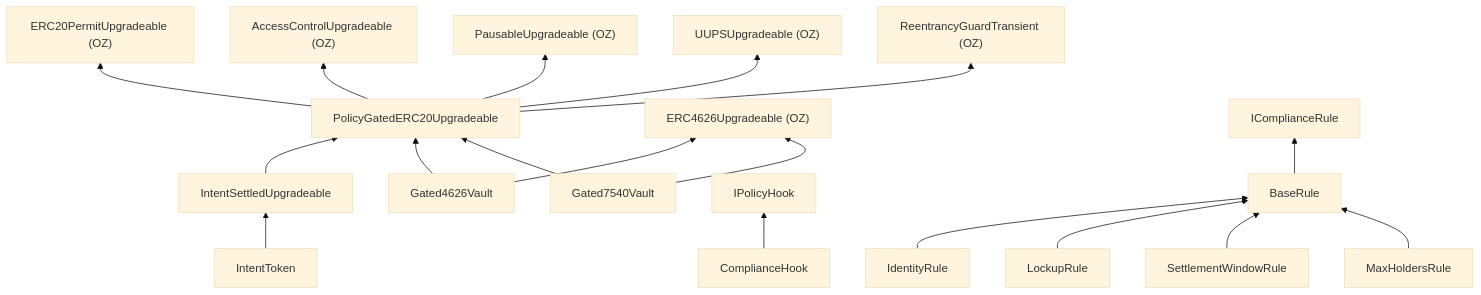
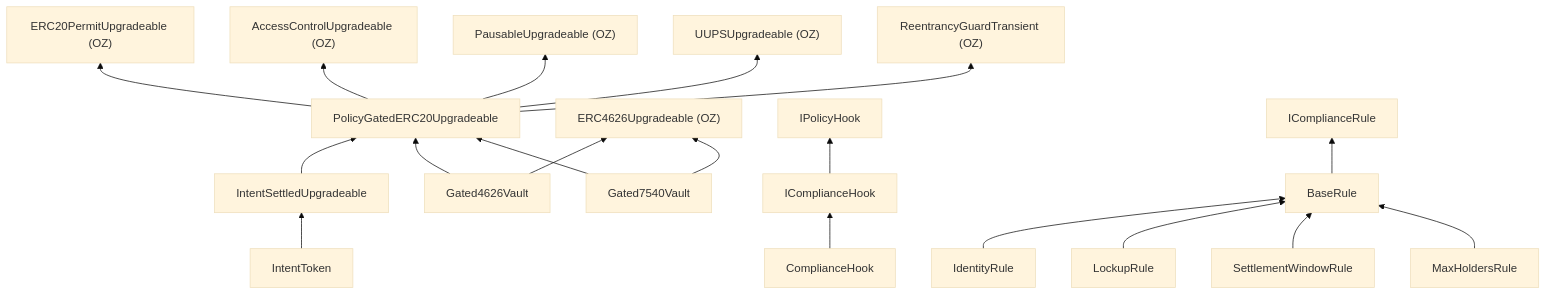
Before and after one commit to fepvenancio/rwa-token: the third of 3 diagrams in docs/architecture.md, drawn with Mermaid (base theme). The commit also changed other lines of this file and 7 other files, not shown here.

````diff
--- a/docs/architecture.md
+++ b/docs/architecture.md
@@ -96,20 +95,21 @@
 ```mermaid
 flowchart BT
   IT["IntentToken"] --> ISU["IntentSettledUpgradeable"]
   ISU --> PG["PolicyGatedERC20Upgradeable"]
   V4["Gated4626Vault"] --> PG
   V4 --> E4["ERC4626Upgradeable (OZ)"]
   V7["Gated7540Vault"] --> PG
   V7 --> E4
   PG --> P1["ERC20PermitUpgradeable (OZ)"]
   PG --> P2["AccessControlUpgradeable (OZ)"]
   PG --> P3["PausableUpgradeable (OZ)"]
   PG --> P4["UUPSUpgradeable (OZ)"]
   PG --> P5["ReentrancyGuardTransient (OZ)"]
-  CH["ComplianceHook"] --> IPH["IPolicyHook"]
+  CH["ComplianceHook"] --> ICH["IComplianceHook"]
+  ICH --> IPH["IPolicyHook"]
   IdR["IdentityRule"] --> BR["BaseRule"]
   LR["LockupRule"] --> BR
   SW["SettlementWindowRule"] --> BR
   MH["MaxHoldersRule"] --> BR
   BR --> ICR["IComplianceRule"]
 ```
````
